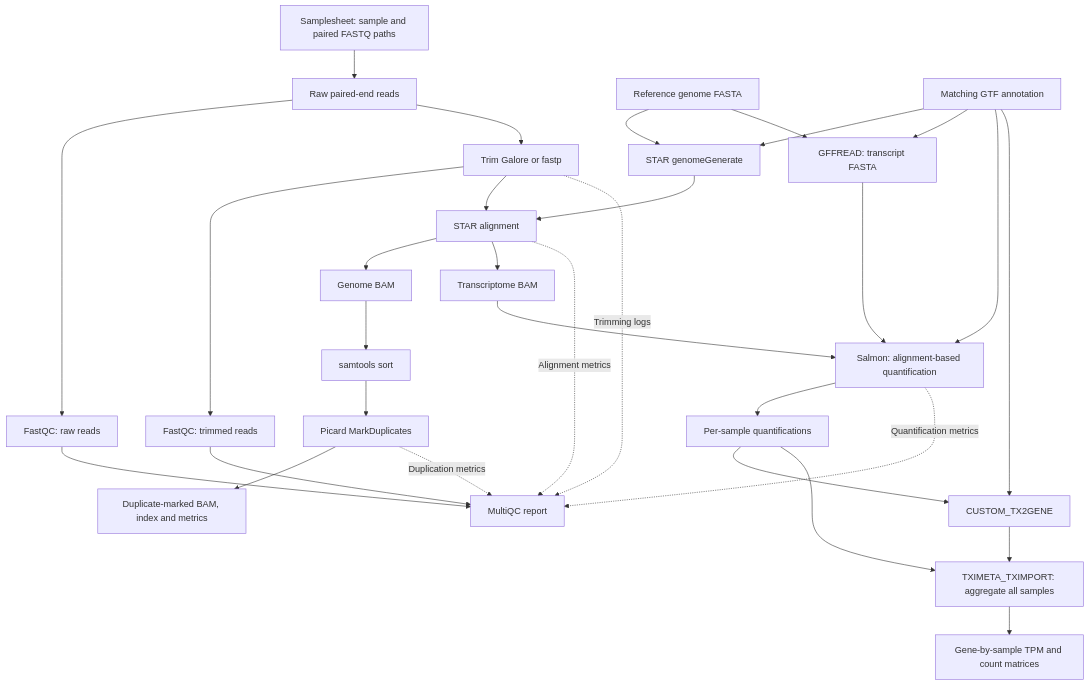
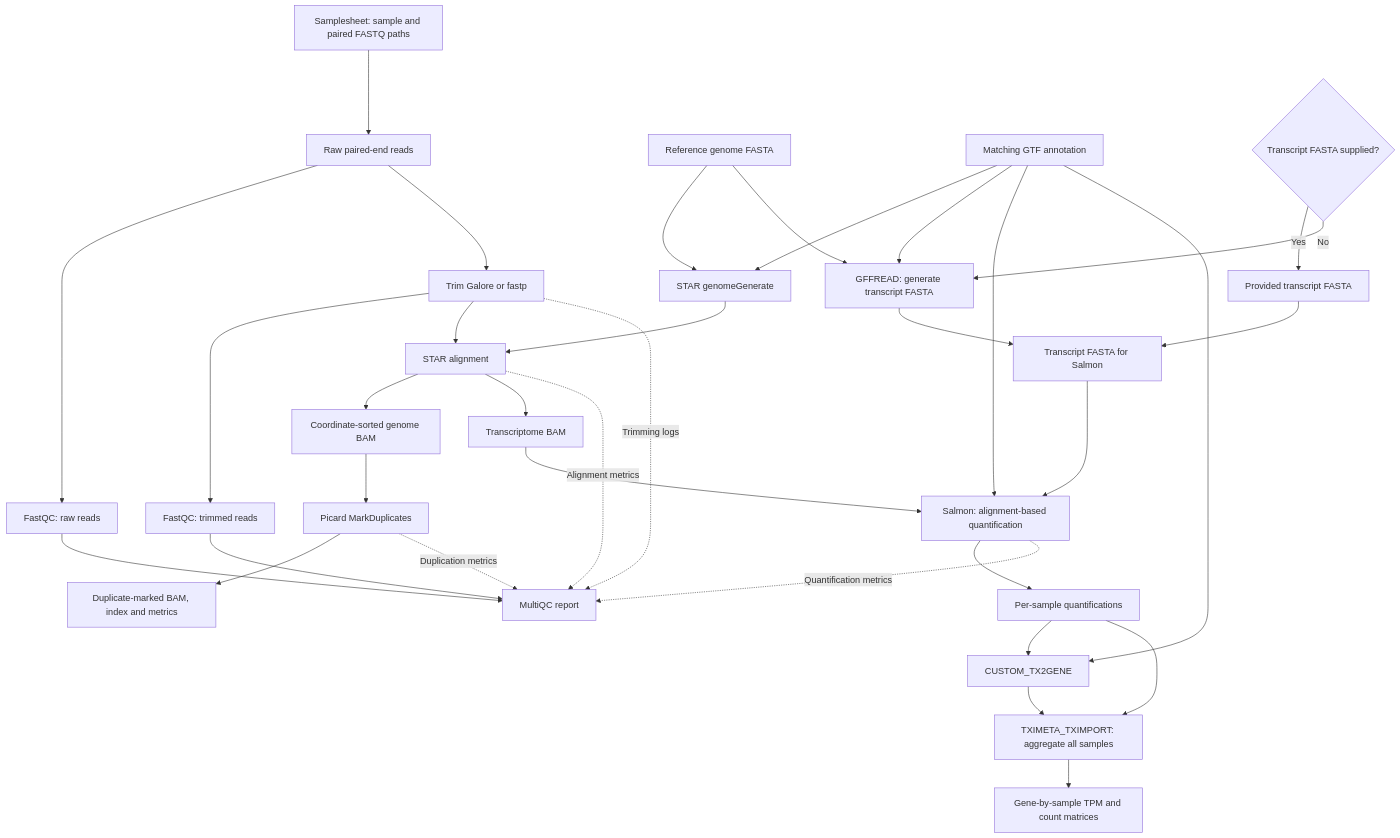
The diagram in README.md (wanchenzhang/rnaseq), drawn with Mermaid before and after one commit. The commit also changed other lines of this file and 5 other files, not shown here.

Commit message:
Use STAR internal sorting and optional transcript FASTA; add output validation

````diff
--- a/README.md
+++ b/README.md
@@ -31,33 +31,37 @@
 ```mermaid
 flowchart TD
     S[Samplesheet: sample and paired FASTQ paths] --> R[Raw paired-end reads]
     R --> Q1[FastQC: raw reads]
     R --> T[Trim Galore or fastp]
     T --> Q2[FastQC: trimmed reads]
     F[Reference genome FASTA] --> IDX[STAR genomeGenerate]
     G[Matching GTF annotation] --> IDX
-    F --> GF[GFFREAD: transcript FASTA]
+    P{Transcript FASTA supplied?}
+    P -->|Yes| PROVIDED[Provided transcript FASTA]
+    P -->|No| GF[GFFREAD: generate transcript FASTA]
+    F --> GF
     G --> GF
+    PROVIDED --> TF[Transcript FASTA for Salmon]
+    GF --> TF
     IDX --> A[STAR alignment]
     T --> A
-    A --> GB[Genome BAM]
-    GB --> SO[samtools sort]
-    SO --> MD[Picard MarkDuplicates]
+    A --> GB[Coordinate-sorted genome BAM]
+    GB --> MD[Picard MarkDuplicates]
     MD --> MB[Duplicate-marked BAM, index and metrics]
     A --> TB[Transcriptome BAM]
     TB --> SA[Salmon: alignment-based quantification]
-    GF --> SA
+    TF --> SA
     G --> SA
     SA --> QU[Per-sample quantifications]
     QU --> TX[CUSTOM_TX2GENE]
     G --> TX
     TX --> TI[TXIMETA_TXIMPORT: aggregate all samples]
     QU --> TI
     TI --> TPM[Gene-by-sample TPM and count matrices]
     Q1 --> MQ[MultiQC report]
     Q2 --> MQ
     T -. Trimming logs .-> MQ
     A -. Alignment metrics .-> MQ
     MD -. Duplication metrics .-> MQ
     SA -. Quantification metrics .-> MQ
 ```
````
